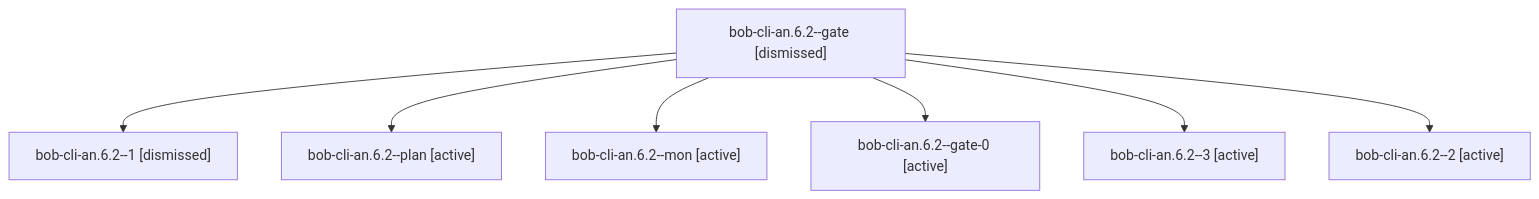
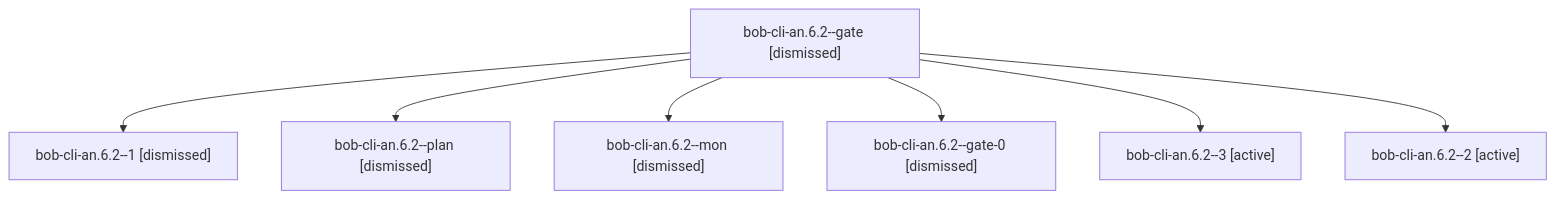
One commit to bobs-org/bob-cli--agents changed the diagram in sessions/bbugyi200.athena.bob-cli-an.6.2.md. Above: the diagram before and after it, drawn with Mermaid. The commit also changed other lines of this file and 551 other files, not shown here.

````diff
--- a/sessions/bbugyi200.athena.bob-cli-an.6.2.md
+++ b/sessions/bbugyi200.athena.bob-cli-an.6.2.md
@@ -9,16 +9,16 @@
 ```mermaid
 flowchart TD
   n0["bob-cli-an.6.2--gate [dismissed]"]
   n1["bob-cli-an.6.2--1 [dismissed]"]
   n0 --> n1
-  n2["bob-cli-an.6.2--plan [active]"]
+  n2["bob-cli-an.6.2--plan [dismissed]"]
   n0 --> n2
-  n3["bob-cli-an.6.2--mon [active]"]
+  n3["bob-cli-an.6.2--mon [dismissed]"]
   n0 --> n3
-  n4["bob-cli-an.6.2--gate-0 [active]"]
+  n4["bob-cli-an.6.2--gate-0 [dismissed]"]
   n0 --> n4
   n5["bob-cli-an.6.2--3 [active]"]
   n0 --> n5
   n6["bob-cli-an.6.2--2 [active]"]
   n0 --> n6
 ```
````
